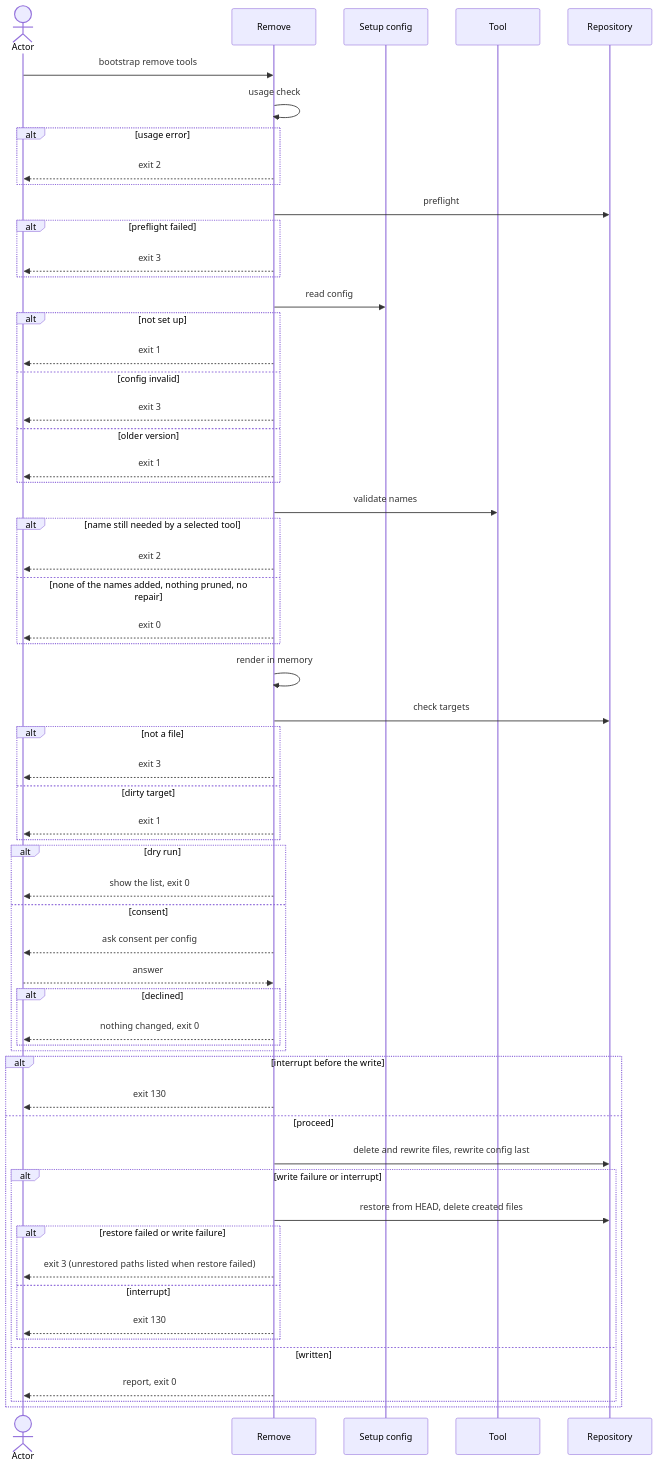
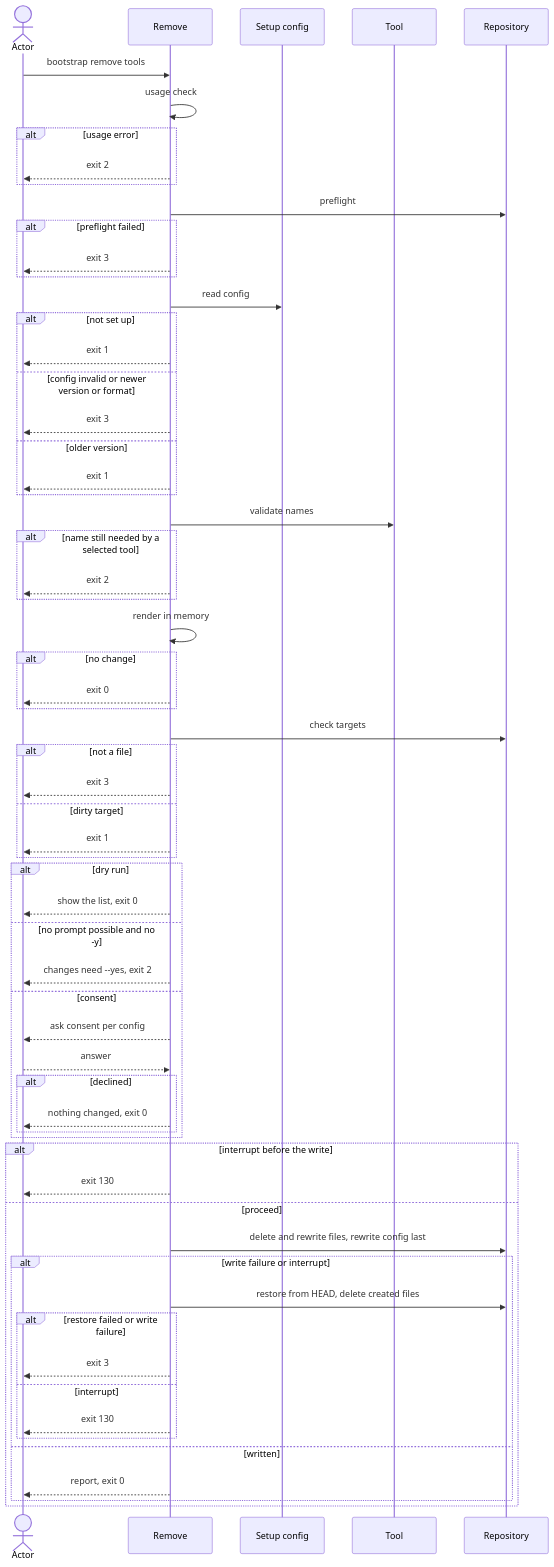
One commit to virajp/bootstrap changed the diagram in docs/blueprint/flows/cli/150-remove-tool/index.md. Above: the diagram before and after it, drawn with Mermaid. The commit also changed other lines of this file and 15 other files, not shown here.

````diff
--- a/docs/blueprint/flows/cli/150-remove-tool/index.md
+++ b/docs/blueprint/flows/cli/150-remove-tool/index.md
@@ -150,62 +177,65 @@
 ```mermaid
 sequenceDiagram
     actor O as Actor
     participant M as Remove
     participant C as Setup config
     participant G as Tool
     participant R as Repository
     O->>M: bootstrap remove tools
     M->>M: usage check
     alt usage error
         M-->>O: exit 2
     end
     M->>R: preflight
     alt preflight failed
         M-->>O: exit 3
     end
     M->>C: read config
     alt not set up
         M-->>O: exit 1
-    else config invalid
+    else config invalid or newer version or format
         M-->>O: exit 3
     else older version
         M-->>O: exit 1
     end
     M->>G: validate names
     alt name still needed by a selected tool
         M-->>O: exit 2
-    else none of the names added, nothing pruned, no repair
+    end
+    M->>M: render in memory
+    alt no change
         M-->>O: exit 0
     end
-    M->>M: render in memory
     M->>R: check targets
     alt not a file
         M-->>O: exit 3
     else dirty target
         M-->>O: exit 1
     end
     alt dry run
         M-->>O: show the list, exit 0
+    else no prompt possible and no -y
+        M-->>O: changes need --yes, exit 2
     else consent
         M-->>O: ask consent per config
         O-->>M: answer
         alt declined
             M-->>O: nothing changed, exit 0
         end
     end
     alt interrupt before the write
         M-->>O: exit 130
     else proceed
         M->>R: delete and rewrite files, rewrite config last
         alt write failure or interrupt
             M->>R: restore from HEAD, delete created files
             alt restore failed or write failure
-                M-->>O: exit 3 (unrestored paths listed when restore failed)
+                M-->>O: exit 3
             else interrupt
                 M-->>O: exit 130
             end
         else written
             M-->>O: report, exit 0
         end
     end
 ```
````
